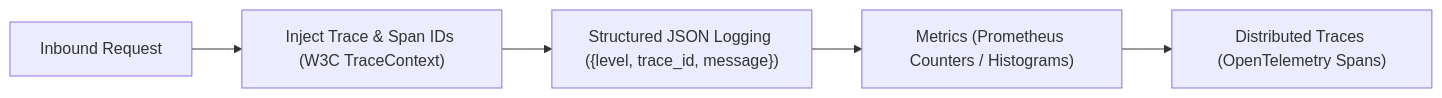
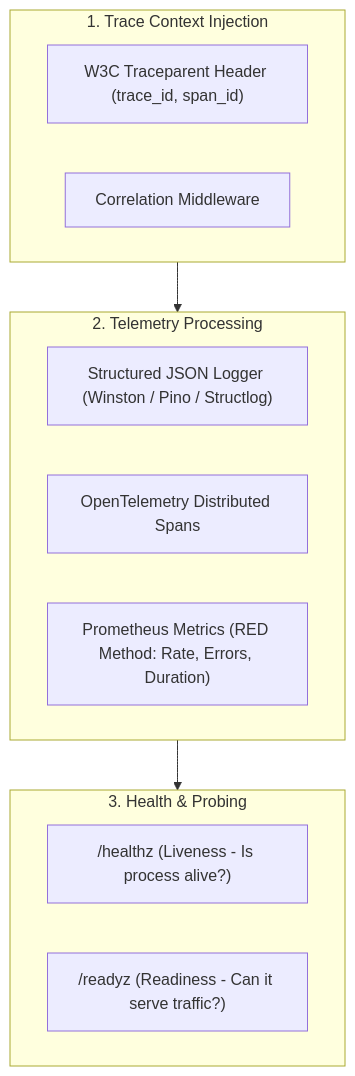
Before and after one commit to darknecrocities/SkillBuilder: the diagram in skills/observability/SKILL.md, drawn with Mermaid. The commit also changed other lines of this file and 3 other files, not shown here.

````diff
--- a/skills/observability/SKILL.md
+++ b/skills/observability/SKILL.md
@@ -16,7 +16,18 @@
 ```mermaid
-flowchart LR
-    A["Inbound Request"] --> B["Inject Trace & Span IDs (W3C TraceContext)"]
-    B --> C["Structured JSON Logging ({level, trace_id, message})"]
-    C --> D["Metrics (Prometheus Counters / Histograms)"]
-    D --> E["Distributed Traces (OpenTelemetry Spans)"]
+flowchart TD
+    subgraph Ingestion["1. Trace Context Injection"]
+        A["W3C Traceparent Header (trace_id, span_id)"]
+        B["Correlation Middleware"]
+    end
+    subgraph Pillars["2. Telemetry Processing"]
+        C["Structured JSON Logger (Winston / Pino / Structlog)"]
+        D["OpenTelemetry Distributed Spans"]
+        E["Prometheus Metrics (RED Method: Rate, Errors, Duration)"]
+    end
+    subgraph Probes["3. Health & Probing"]
+        F["/healthz (Liveness - Is process alive?)"]
+        G["/readyz (Readiness - Can it serve traffic?)"]
+    end
+    Ingestion --> Pillars
+    Pillars --> Probes
 ```
````
